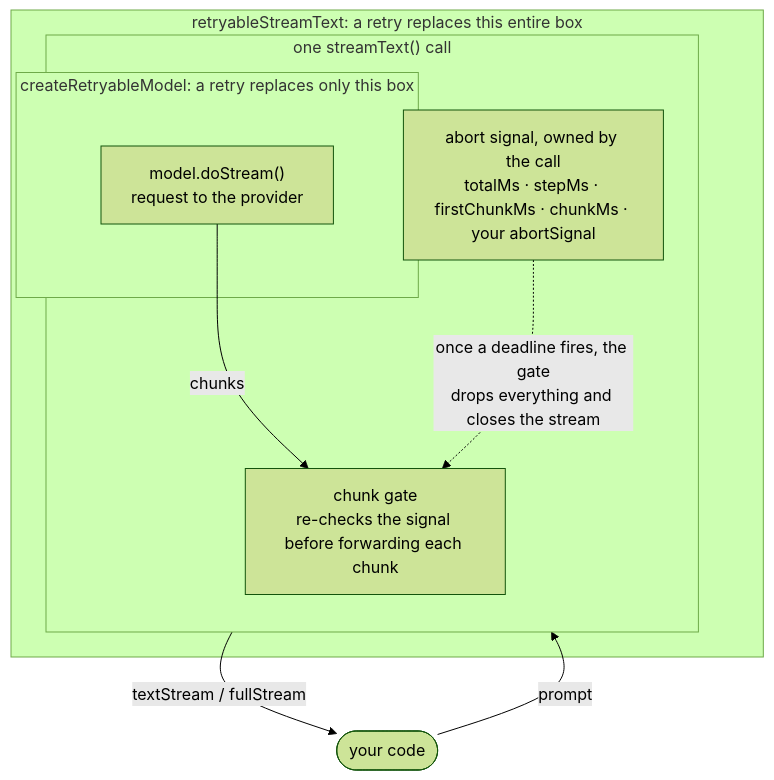
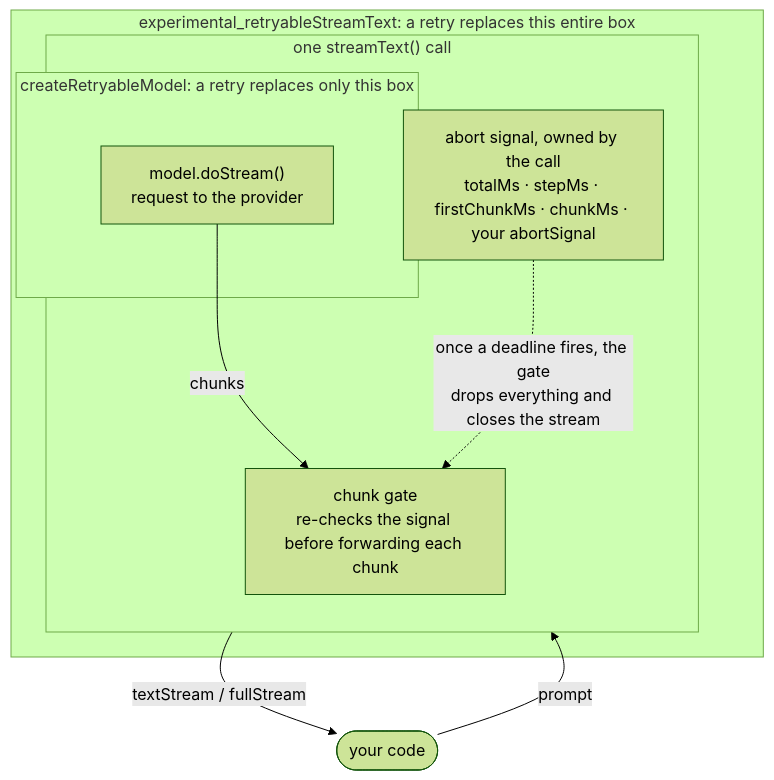
The first of 2 diagrams in README.md (zirkelc/ai-retry), drawn with Mermaid (forest theme) before and after one commit. The commit also changed other lines of this file and 7 other files, not shown here.

````diff
--- a/README.md
+++ b/README.md
@@ -1046,20 +1043,20 @@
 ```mermaid
 flowchart TB
   you(["your code"])
 
-  subgraph outer["retryableStreamText: a retry replaces this entire box"]
+  subgraph outer["experimental_retryableStreamText: a retry replaces this entire box"]
     subgraph call["one streamText() call"]
       direction TB
       sig["abort signal, owned by the call<br>totalMs · stepMs · firstChunkMs · chunkMs · your abortSignal"]
       subgraph inner["createRetryableModel: a retry replaces only this box"]
         ds["model.doStream()<br>request to the provider"]
       end
       gate["chunk gate<br>re-checks the signal before forwarding each chunk"]
     end
   end
 
   you -- "prompt" --> ds
   ds -- "chunks" --> gate
   sig -. "once a deadline fires, the gate<br>drops everything and closes the stream" .-> gate
   gate -- "textStream / fullStream" --> you
 ```
````
